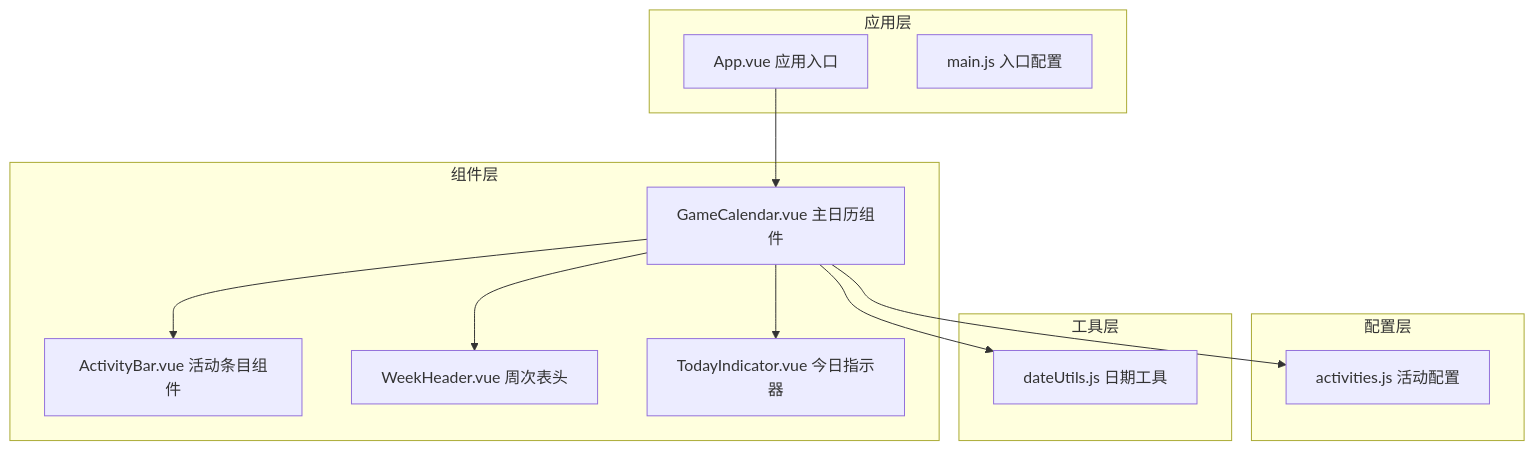
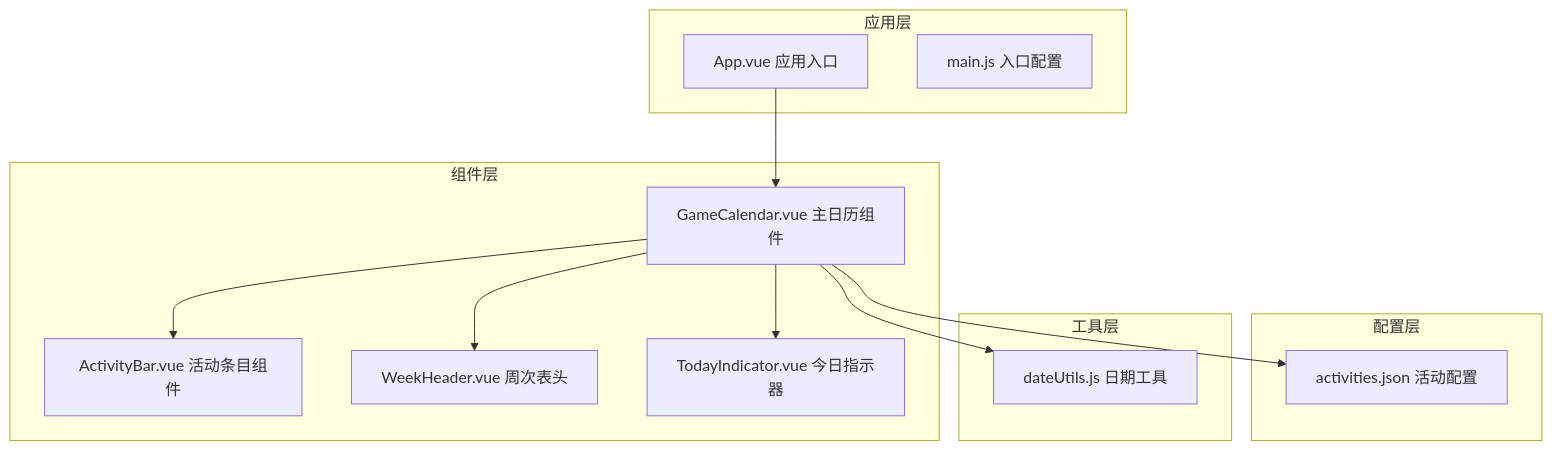
The first of 9 diagrams in .qoder/repowiki/zh/content/核心组件/ActivityBar 活动条目组件.md (xuanyulingnfeg/gameCalendar), drawn with Mermaid before and after one commit. The commit also changed other lines of this file and 7 other files, not shown here.

````diff
--- a/.qoder/repowiki/zh/content/核心组件/ActivityBar 活动条目组件.md
+++ b/.qoder/repowiki/zh/content/核心组件/ActivityBar 活动条目组件.md
@@ -48,25 +47,25 @@
 ```mermaid
 graph TB
 subgraph "应用层"
 App[App.vue 应用入口]
 main[main.js 入口配置]
 end
 subgraph "组件层"
 GameCalendar[GameCalendar.vue 主日历组件]
 ActivityBar[ActivityBar.vue 活动条目组件]
 WeekHeader[WeekHeader.vue 周次表头]
 TodayIndicator[TodayIndicator.vue 今日指示器]
 end
 subgraph "配置层"
-activities[activities.js 活动配置]
+activities[activities.json 活动配置]
 end
 subgraph "工具层"
 dateUtils[dateUtils.js 日期工具]
 end
 App --> GameCalendar
 GameCalendar --> ActivityBar
 GameCalendar --> WeekHeader
 GameCalendar --> TodayIndicator
 GameCalendar --> activities
 GameCalendar --> dateUtils
 ```
````
